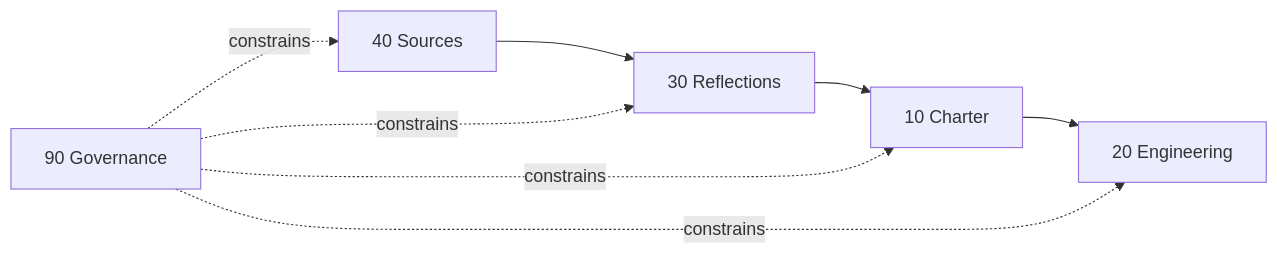
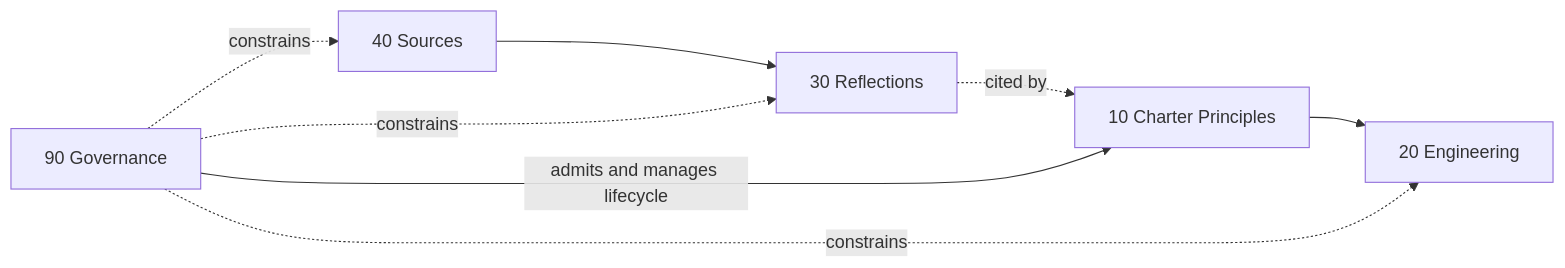
Before and after one commit to tao3k/philosophy: the diagram in en/00-topology/00.00-repository-topology.org, drawn with Mermaid. The commit also changed other lines of this file and 16 other files, not shown here.

Commit message:
Separate principles from governance admission

```diff
--- a/en/00-topology/00.00-repository-topology.org
+++ b/en/00-topology/00.00-repository-topology.org
@@ -35,10 +35,10 @@
 #+begin_src mermaid :exports results :file en-content-topology.svg
 flowchart LR
   SRC[40 Sources] --> REF[30 Reflections]
-  REF --> CHA[10 Charter]
-  CHA --> MAP[20 Engineering]
-  GOV[90 Governance] -.constrains.-> SRC
+  REF -.cited by.-> PRI[10 Charter Principles]
+  GOV[90 Governance] -->|admits and manages lifecycle| PRI
+  PRI --> MAP[20 Engineering]
+  GOV -.constrains.-> SRC
   GOV -.constrains.-> REF
-  GOV -.constrains.-> CHA
   GOV -.constrains.-> MAP
 #+end_src
```
